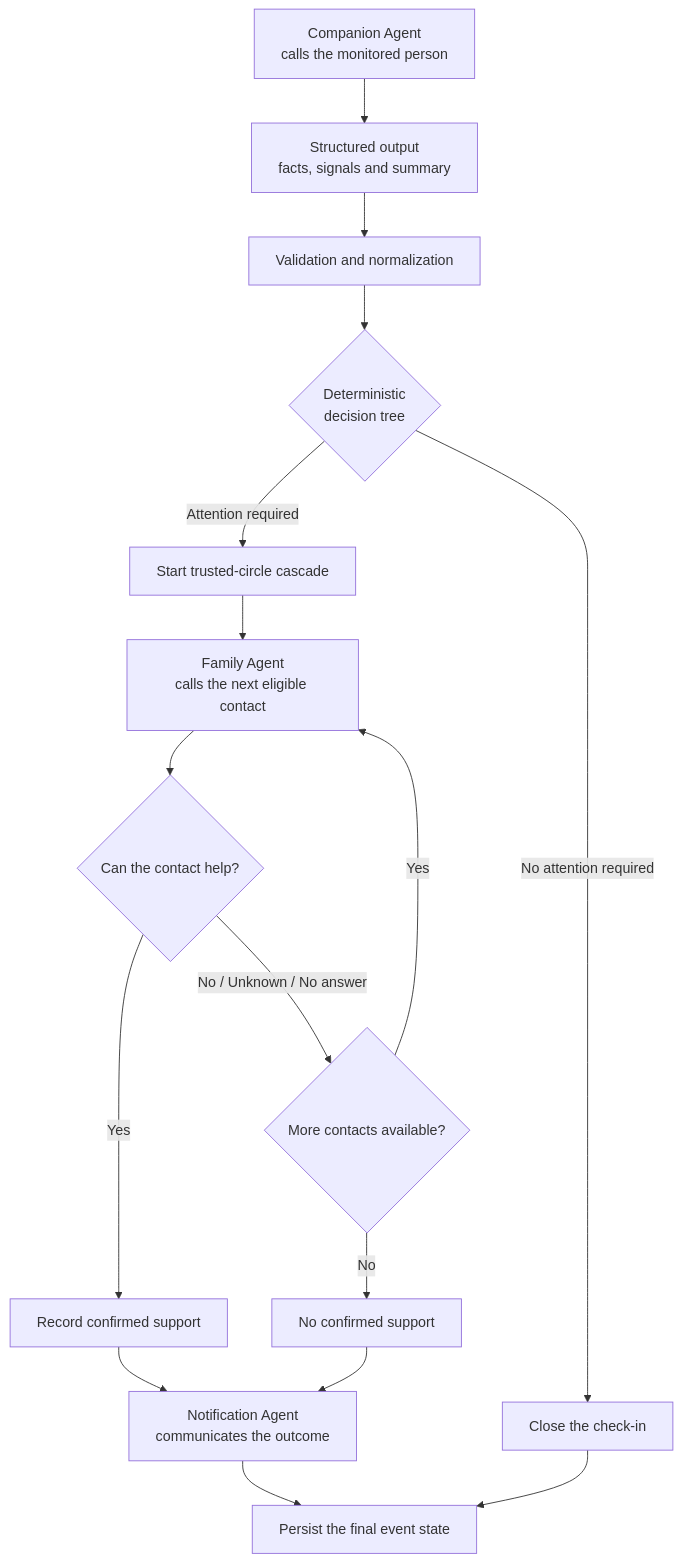
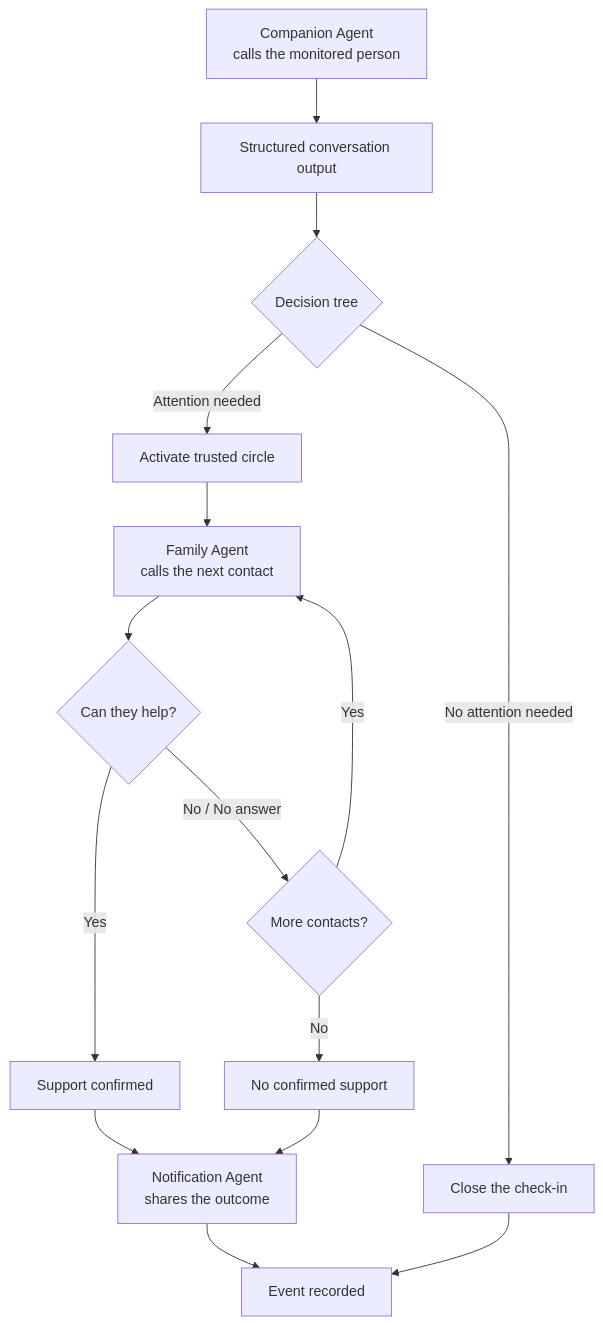
The first of 2 diagrams in README.md (JuriSOK/kincall), drawn with Mermaid before and after one commit. The commit also changed other lines of this file, not shown here.

````diff
--- a/README.md
+++ b/README.md
@@ -67,25 +65,24 @@
 ```mermaid
 flowchart TD
-    A["Companion Agent<br/>calls the monitored person"] --> B["Structured output<br/>facts, signals and summary"]
+    A["Companion Agent<br/>calls the monitored person"] --> B["Structured conversation output"]
 
-    B --> C["Validation and normalization"]
-    C --> D{"Deterministic<br/>decision tree"}
+    B --> C{"Decision tree"}
 
-    D -->|"No attention required"| E["Close the check-in"]
-    D -->|"Attention required"| F["Start trusted-circle cascade"]
+    C -->|"No attention needed"| D["Close the check-in"]
+    C -->|"Attention needed"| E["Activate trusted circle"]
 
-    F --> G["Family Agent<br/>calls the next eligible contact"]
-    G --> H{"Can the contact help?"}
+    E --> F["Family Agent<br/>calls the next contact"]
+    F --> G{"Can they help?"}
 
-    H -->|"Yes"| I["Record confirmed support"]
-    H -->|"No / Unknown / No answer"| J{"More contacts available?"}
+    G -->|"Yes"| H["Support confirmed"]
+    G -->|"No / No answer"| I{"More contacts?"}
 
-    J -->|"Yes"| G
-    J -->|"No"| K["No confirmed support"]
+    I -->|"Yes"| F
+    I -->|"No"| J["No confirmed support"]
 
-    I --> L["Notification Agent<br/>communicates the outcome"]
-    K --> L
+    H --> K["Notification Agent<br/>shares the outcome"]
+    J --> K
 
-    L --> M["Persist the final event state"]
-    E --> M
+    K --> L["Event recorded"]
+    D --> L
 ```
````
